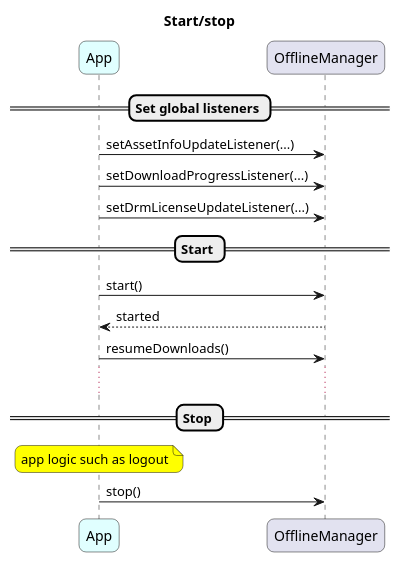
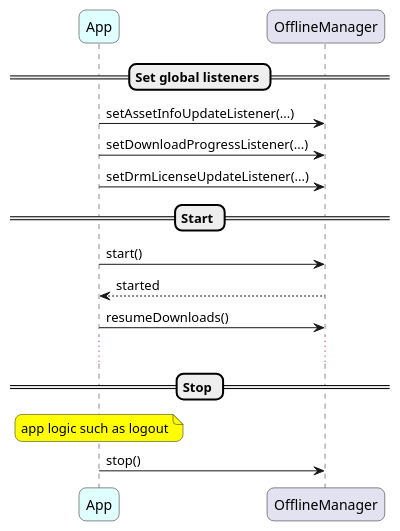
One commit to kaltura/kaltura-player-android changed the first of 4 diagrams in docs/offline/Offline.puml. Above: the diagram before and after it, drawn with PlantUML. The commit also changed other lines of this file and 5 other files, not shown here.

Commit message:
Remove diagram title from puml

```diff
--- a/docs/offline/Offline.puml
+++ b/docs/offline/Offline.puml
@@ -1,31 +1,31 @@
 @startuml Start-Stop
-title Start/stop
+
 skinparam backgroundColor transparent
 skinparam roundCorner 14
 skinparam NoteBackgroundColor #ffff00
 
 participant App #lightcyan
 participant OfflineManager as Offline
 
 
 == Set global listeners ==
 App->Offline: setAssetInfoUpdateListener(...)
 App->Offline: setDownloadProgressListener(...)
 App->Offline: setDrmLicenseUpdateListener(...)
 
 == Start ==
 App->Offline: start()
 return started
 
 App->Offline: resumeDownloads()
 
 ...
 
 == Stop ==
 
 note over App: app logic such as logout
 
 App->Offline: stop()
 
 
 @enduml
```
